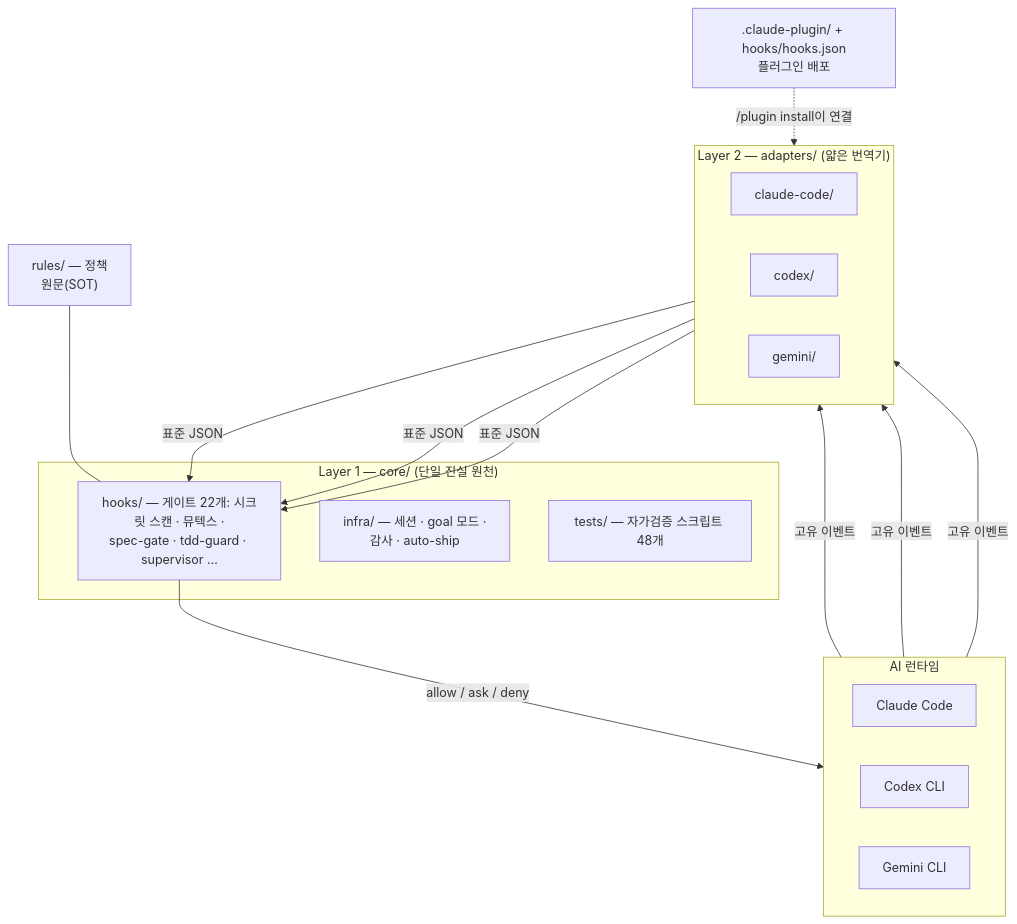
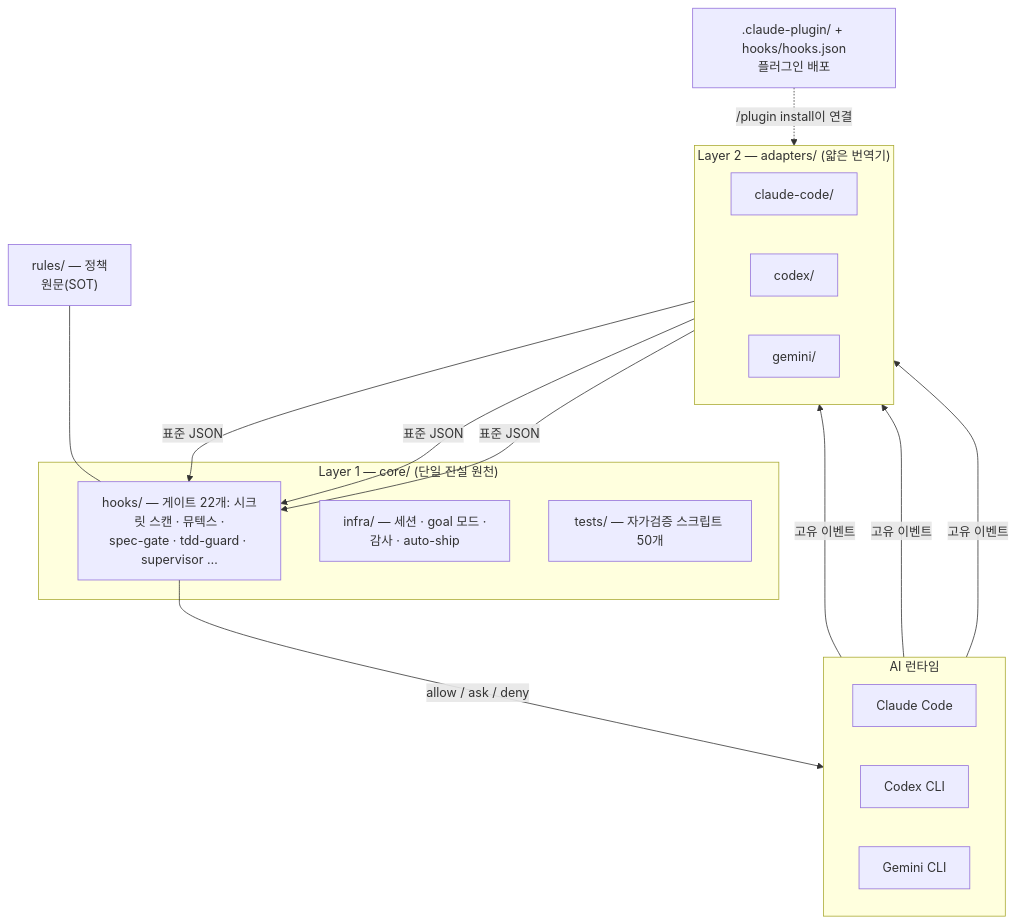
The second of 5 diagrams in README.ko.md (joymin5655/Agent), drawn with Mermaid before and after one commit. The commit also changed other lines of this file and 7 other files, not shown here.

````diff
--- a/README.ko.md
+++ b/README.ko.md
@@ -213,32 +213,32 @@
 ```mermaid
 flowchart TB
     subgraph RT["AI 런타임"]
         direction LR
         CC["Claude Code"]
         CX["Codex CLI"]
         GM["Gemini CLI"]
     end
     subgraph AD["Layer 2 — adapters/ (얇은 번역기)"]
         direction LR
         A1["claude-code/"]
         A2["codex/"]
         A3["gemini/"]
     end
     subgraph CORE["Layer 1 — core/ (단일 진실 원천)"]
         H["hooks/ — 게이트 22개: 시크릿 스캔 · 뮤텍스 ·<br/>spec-gate · tdd-guard · supervisor …"]
         I["infra/ — 세션 · goal 모드 ·<br/>감사 · auto-ship"]
-        T["tests/ — 자가검증 스크립트 48개"]
+        T["tests/ — 자가검증 스크립트 50개"]
     end
     R["rules/ — 정책<br/>원문(SOT)"]
     PLUG[".claude-plugin/ + hooks/hooks.json<br/>플러그인 배포"]
 
     CC -->|고유 이벤트| A1
     CX -->|고유 이벤트| A2
     GM -->|고유 이벤트| A3
     A1 -->|표준 JSON| H
     A2 -->|표준 JSON| H
     A3 -->|표준 JSON| H
     H -->|"allow / ask / deny"| RT
     R --- H
     PLUG -. "/plugin install이 연결" .-> A1
 ```
````
